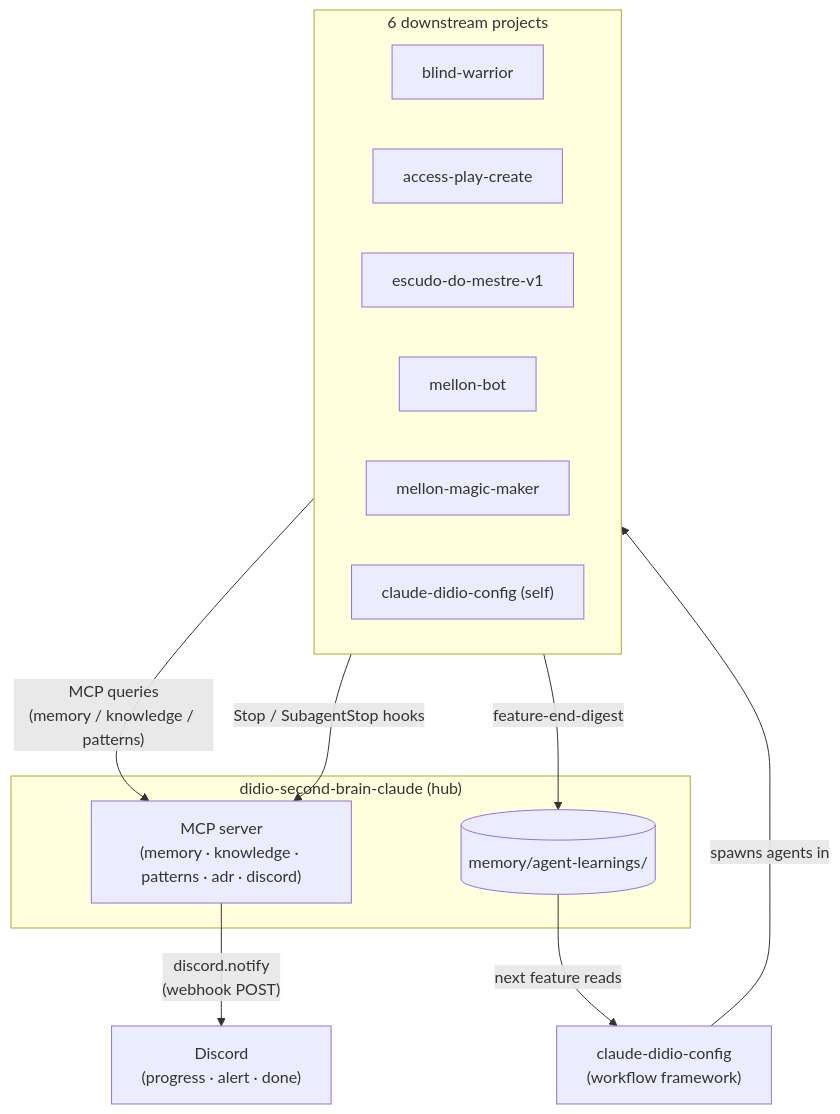
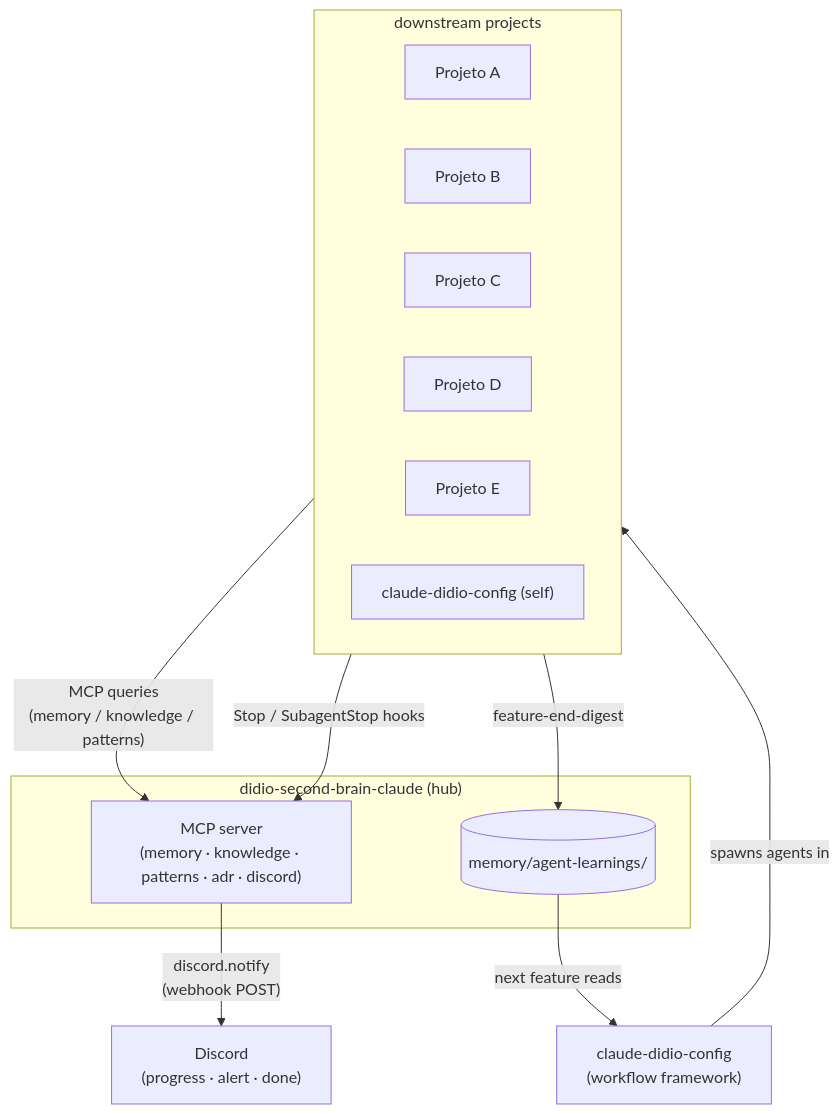
The diagram in README.md (eduardodidio/didio-second-brain-clean-starter), drawn with Mermaid before and after one commit. The commit also changed other lines of this file and 14 other files, not shown here.

````diff
--- a/README.md
+++ b/README.md
@@ -90,27 +90,27 @@
 ```mermaid
 flowchart TD
   subgraph hub["didio-second-brain-claude (hub)"]
     MCP["MCP server\n(memory · knowledge · patterns · adr · discord)"]
     LEARN[("memory/agent-learnings/")]
   end
 
   FW["claude-didio-config\n(workflow framework)"]
 
-  subgraph downstream["6 downstream projects"]
-    P1["blind-warrior"]
-    P2["access-play-create"]
-    P3["escudo-do-mestre-v1"]
-    P4["mellon-bot"]
-    P5["mellon-magic-maker"]
+  subgraph downstream["downstream projects"]
+    P1["Projeto A"]
+    P2["Projeto B"]
+    P3["Projeto C"]
+    P4["Projeto D"]
+    P5["Projeto E"]
     P6["claude-didio-config (self)"]
   end
 
   DIS["Discord\n(progress · alert · done)"]
 
   FW -- "spawns agents in" --> downstream
   downstream -- "MCP queries\n(memory / knowledge / patterns)" --> MCP
   downstream -- "Stop / SubagentStop hooks" --> MCP
   MCP -- "discord.notify\n(webhook POST)" --> DIS
   downstream -- "feature-end-digest" --> LEARN
   LEARN -- "next feature reads" --> FW
 ```
````
